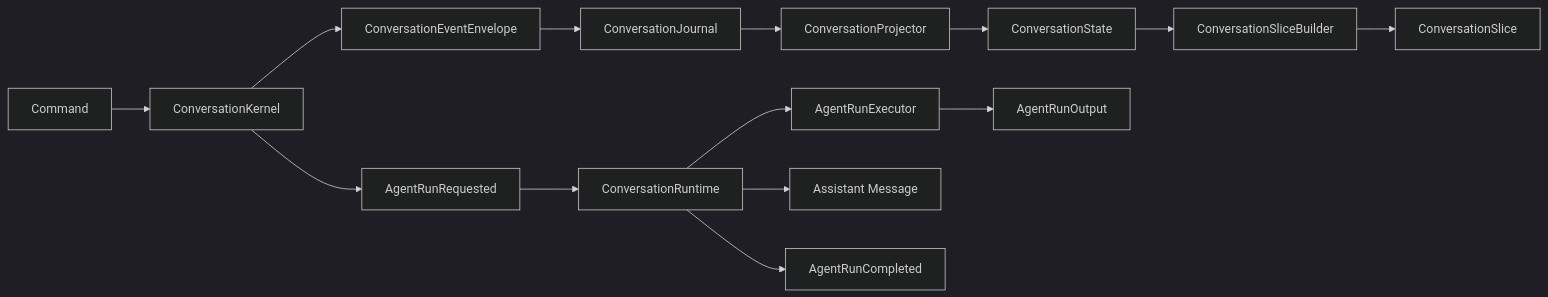
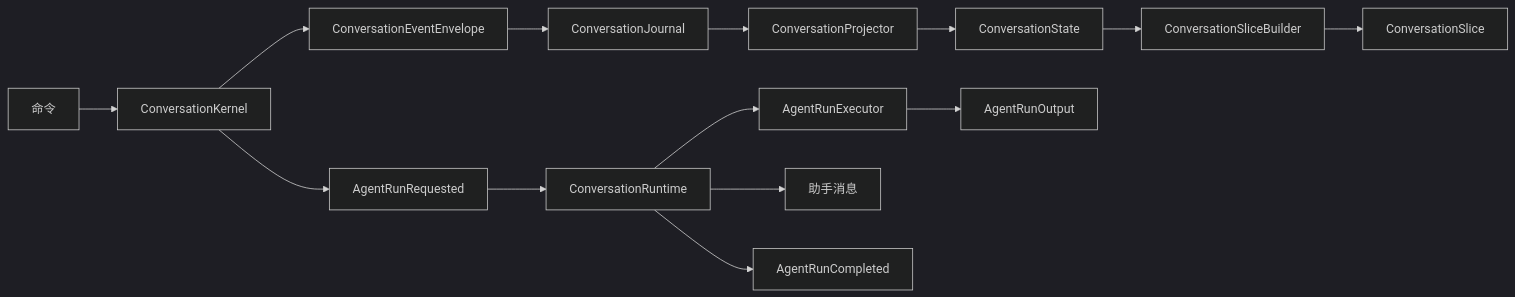
The diagram in README.md (duanshiwen/connor-agent-core), drawn with Mermaid (dark theme) before and after one commit. The commit also changed other lines of this file, not shown here.

````diff
--- a/README.md
+++ b/README.md
@@ -156,16 +182,16 @@
 ```mermaid
 graph LR
-    Command[Command] --> Kernel[ConversationKernel]
+    Command[命令] --> Kernel[ConversationKernel]
     Kernel --> Event[ConversationEventEnvelope]
     Event --> Journal[ConversationJournal]
     Journal --> Projector[ConversationProjector]
     Projector --> State[ConversationState]
     State --> SliceBuilder[ConversationSliceBuilder]
     SliceBuilder --> Slice[ConversationSlice]
     Kernel --> BoundaryEvent[AgentRunRequested]
     BoundaryEvent --> Runtime[ConversationRuntime]
     Runtime --> Executor[AgentRunExecutor]
     Executor --> Output[AgentRunOutput]
-    Runtime --> AssistantMessage[Assistant Message]
+    Runtime --> AssistantMessage[助手消息]
     Runtime --> Completed[AgentRunCompleted]
 ```
````
